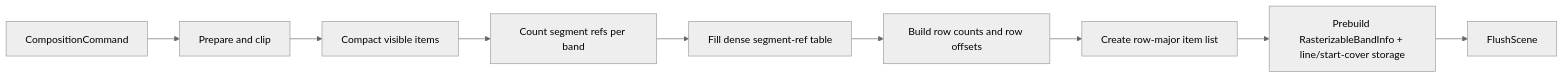
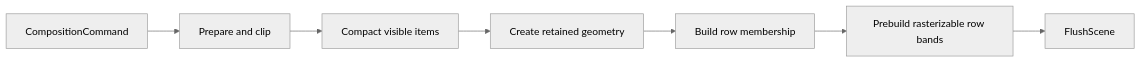
Before and after one commit to SixLabors/ImageSharp.Drawing: the third of 7 diagrams in src/ImageSharp.Drawing/Processing/Backends/DEFAULT_DRAWING_BACKEND.md, drawn with Mermaid (neutral theme). The commit also changed other lines of this file and 12 other files, not shown here.

````diff
--- a/src/ImageSharp.Drawing/Processing/Backends/DEFAULT_DRAWING_BACKEND.md
+++ b/src/ImageSharp.Drawing/Processing/Backends/DEFAULT_DRAWING_BACKEND.md
@@ -119,12 +124,9 @@
 ```mermaid
 flowchart LR
     A[CompositionCommand] --> B[Prepare and clip]
-    
     B --> C[Compact visible items]
-    C --> D[Count segment refs per band]
-    D --> E[Fill dense segment-ref table]
-    E --> F[Build row counts and row offsets]
-    F --> G[Create row-major item list]
-    G --> H[Prebuild RasterizableBandInfo + line/start-cover storage]
-    H --> I[FlushScene]
+    C --> D[Create retained geometry]
+    D --> E[Build row membership]
+    E --> F[Prebuild rasterizable row bands]
+    F --> G[FlushScene]
 ```
````
